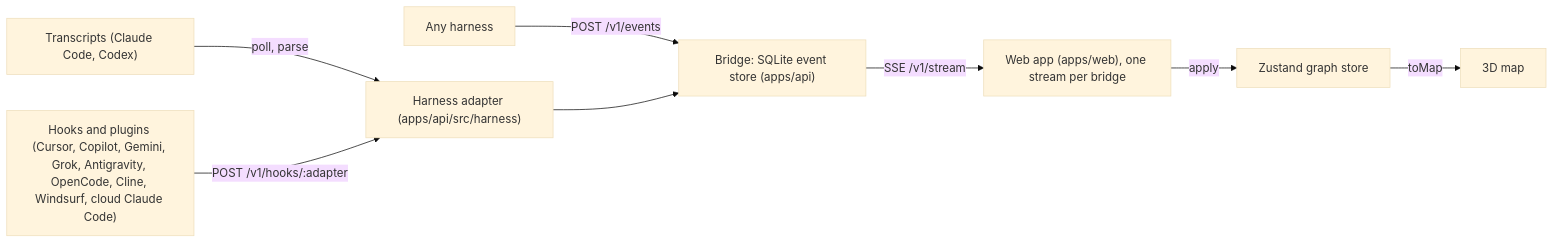
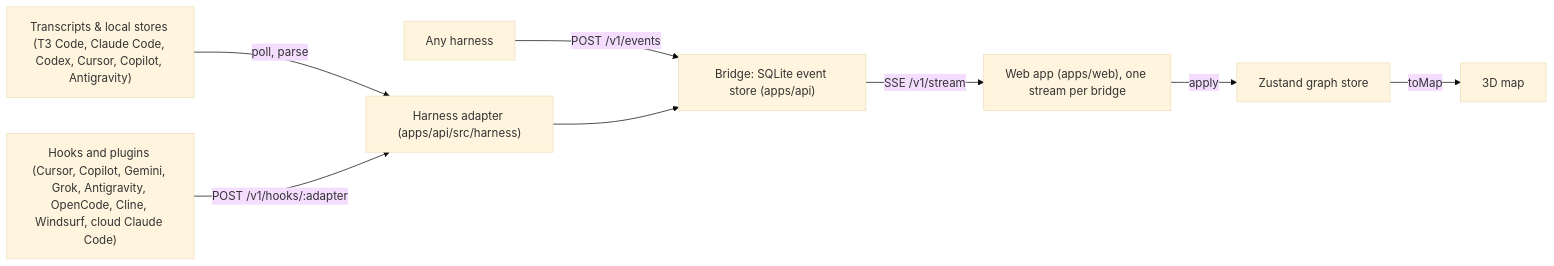
Before and after one commit to KbeniM/agent-map: the diagram in docs/architecture.md, drawn with Mermaid (base theme). The commit also changed other lines of this file and 187 other files, not shown here.

````diff
--- a/docs/architecture.md
+++ b/docs/architecture.md
@@ -5,10 +5,10 @@
 ```mermaid
 graph LR
-    Files["Transcripts (Claude Code, Codex)"] -->|poll, parse| Adapter["Harness adapter (apps/api/src/harness)"]
+    Files["Transcripts & local stores (T3 Code, Claude Code, Codex, Cursor, Copilot, Antigravity)"] -->|poll, parse| Adapter["Harness adapter (apps/api/src/harness)"]
     Hooks["Hooks and plugins (Cursor, Copilot, Gemini, Grok, Antigravity, OpenCode, Cline, Windsurf, cloud Claude Code)"] -->|POST /v1/hooks/:adapter| Adapter
     Other["Any harness"] -->|POST /v1/events| Bridge
     Adapter --> Bridge["Bridge: SQLite event store (apps/api)"]
     Bridge -->|SSE /v1/stream| Web["Web app (apps/web), one stream per bridge"]
     Web -->|apply| Store["Zustand graph store"]
     Store -->|toMap| Map["3D map"]
 ```
````
